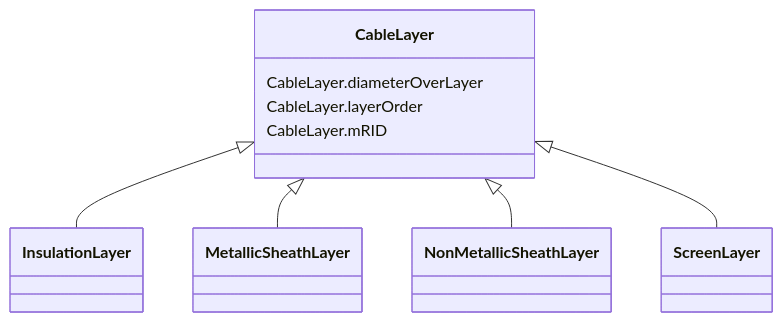
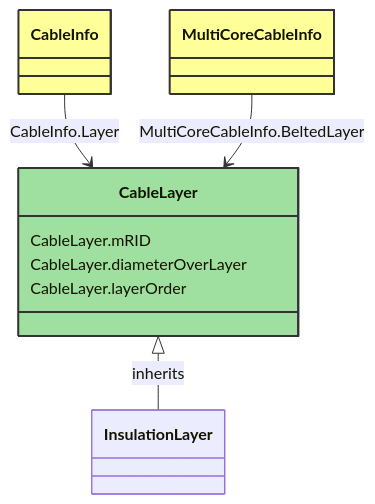
The diagram in docs/SubseaCableInfo/CableLayer.md (3lbits/NoCIMExtensions), drawn with Mermaid before and after one commit. The commit also changed other lines of this file and 212 other files, not shown here.

````diff
--- a/docs/SubseaCableInfo/CableLayer.md
+++ b/docs/SubseaCableInfo/CableLayer.md
@@ -13,21 +10,32 @@
 ```mermaid
- classDiagram
+classDiagram
     class CableLayer
     click CableLayer href "../CableLayer"
-      CableLayer <|-- InsulationLayer
-        click InsulationLayer href "../InsulationLayer"
-      CableLayer <|-- MetallicSheathLayer
-        click MetallicSheathLayer href "../MetallicSheathLayer"
-      CableLayer <|-- NonMetallicSheathLayer
-        click NonMetallicSheathLayer href "../NonMetallicSheathLayer"
-      CableLayer <|-- ScreenLayer
-        click ScreenLayer href "../ScreenLayer"
-      
-      CableLayer : CableLayer.diameterOverLayer
-        
-      CableLayer : CableLayer.layerOrder
-        
-      CableLayer : CableLayer.mRID
-        
-      
+    style CableLayer fill:#9fdf9f,stroke:#333,stroke-width:2px,rx:10,ry:10
+
+        CableLayer <|-- InsulationLayer : inherits
+            click CableLayer href "../CableLayer"
+            style CableLayer rx:10,ry:10
+
+        InsulationLayer
+            click InsulationLayer href "../InsulationLayer"
+            style InsulationLayer rx:10,ry:10
+
+
+        CableInfo --> CableLayer : CableInfo.Layer
+
+        CableInfo
+            click CableInfo href "../CableInfo"
+            style CableInfo fill:#ffff99,stroke:#333,stroke-width:2px,rx:10,ry:10
+
+        MultiCoreCableInfo --> CableLayer : MultiCoreCableInfo.BeltedLayer
+
+        MultiCoreCableInfo
+            click MultiCoreCableInfo href "../MultiCoreCableInfo"
+            style MultiCoreCableInfo fill:#ffff99,stroke:#333,stroke-width:2px,rx:10,ry:10
+
+
+        CableLayer : CableLayer.mRID
+        CableLayer : CableLayer.diameterOverLayer
+        CableLayer : CableLayer.layerOrder
 ```
````
